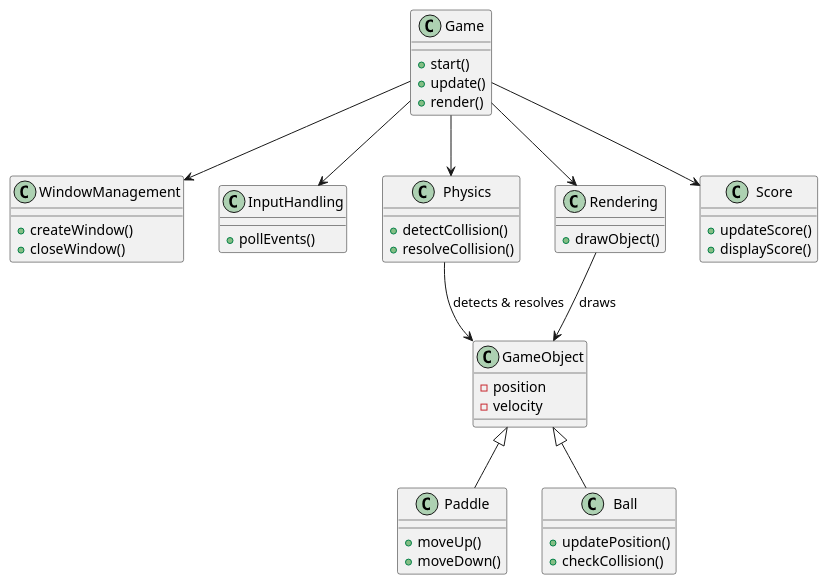
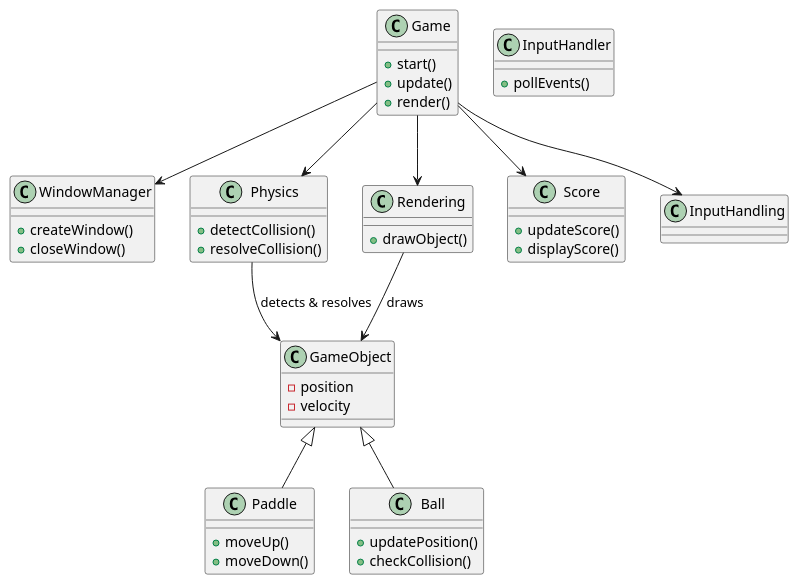
One commit to Sage-Cat/pong_game changed the diagram in docs/GameDesign.puml. Above: the diagram before and after it, drawn with PlantUML. The commit also changed 9 other files, not shown here.

Commit message:
Add WindowManagement and InputHandler

```diff
--- a/docs/GameDesign.puml
+++ b/docs/GameDesign.puml
@@ -1,56 +1,56 @@
 @startuml
 
 class Game {
     +start()
     +update()
     +render()
 }
 
-class WindowManagement {
+class WindowManager {
     +createWindow()
     +closeWindow()
 }
 
-class InputHandling {
+class InputHandler {
     +pollEvents()
 }
 
 class GameObject {
     -position
     -velocity
 }
 
 class Paddle extends GameObject {
     +moveUp()
     +moveDown()
 }
 
 class Ball extends GameObject {
     +updatePosition()
     +checkCollision()
 }
 
 class Physics {
     +detectCollision()
     +resolveCollision()
 }
 
 class Rendering {
     +drawObject()
 }
 
 class Score {
     +updateScore()
     +displayScore()
 }
 
-Game --> WindowManagement
+Game --> WindowManager
 Game --> InputHandling
 Game --> Physics
 Game --> Rendering
 Game --> Score
 
 Physics --> GameObject : detects & resolves
 Rendering --> GameObject : draws
 
 @enduml
```
